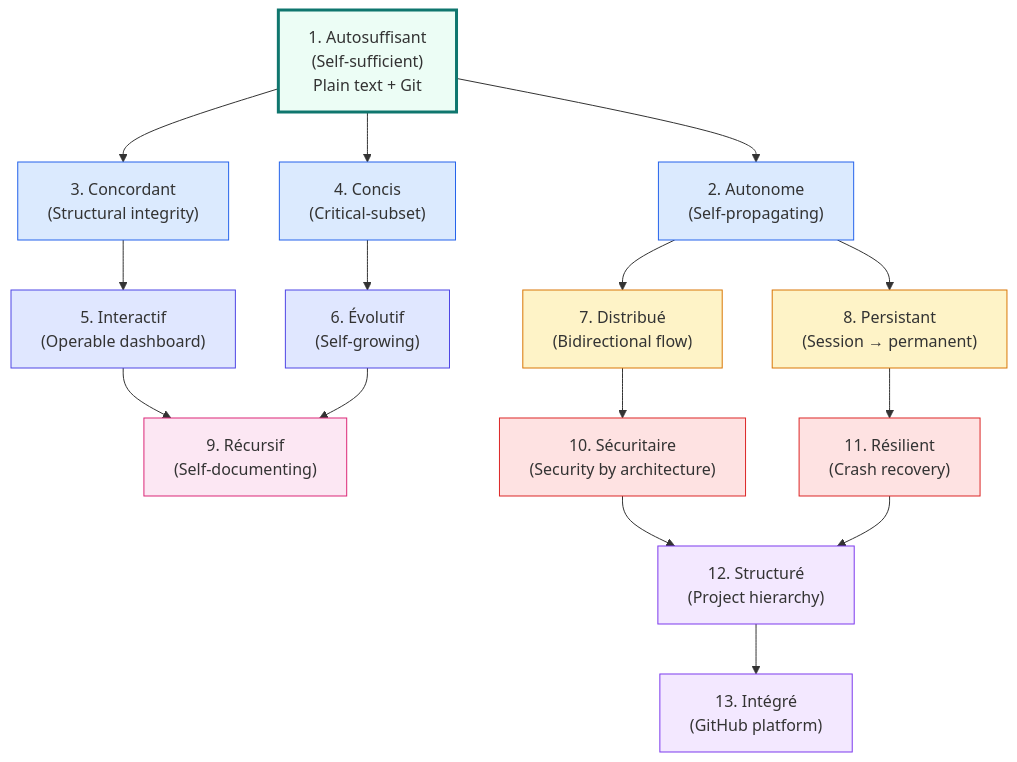
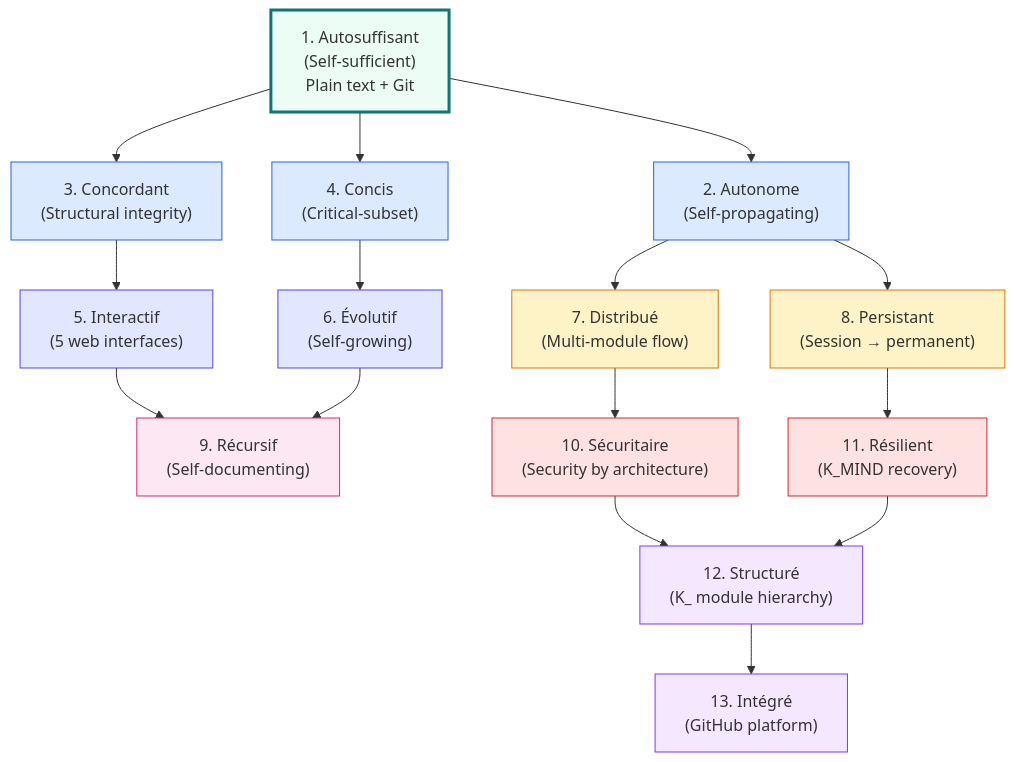
One commit to packetqc/K_DOCS changed the ninth of 14 diagrams in docs/fr/publications/architecture-diagrams/full/index.md. Above: the diagram before and after it, drawn with Mermaid. The commit also changed other lines of this file and 4 other files, not shown here.

First line of the commit message:
feat: rewrite all 14 architecture diagrams for Knowledge 2.0

````diff
--- a/docs/fr/publications/architecture-diagrams/full/index.md
+++ b/docs/fr/publications/architecture-diagrams/full/index.md
@@ -547,39 +595,39 @@
 ```mermaid
 graph TB
     Auto["1. Autosuffisant<br/>(Self-sufficient)<br/>Plain text + Git"]
 
     Auto --> Autonome["2. Autonome<br/>(Self-propagating)"]
     Auto --> Concordant["3. Concordant<br/>(Structural integrity)"]
     Auto --> Concis["4. Concis<br/>(Critical-subset)"]
 
-    Autonome --> Distribue["7. Distribué<br/>(Bidirectional flow)"]
+    Autonome --> Distribue["7. Distribué<br/>(Multi-module flow)"]
     Autonome --> Persistant["8. Persistant<br/>(Session → permanent)"]
 
-    Concordant --> Interactif["5. Interactif<br/>(Operable dashboard)"]
+    Concordant --> Interactif["5. Interactif<br/>(5 web interfaces)"]
     Concis --> Evolutif["6. Évolutif<br/>(Self-growing)"]
 
     Interactif --> Recursif["9. Récursif<br/>(Self-documenting)"]
     Evolutif --> Recursif
 
     Distribue --> Securitaire["10. Sécuritaire<br/>(Security by architecture)"]
-    Persistant --> Resilient["11. Résilient<br/>(Crash recovery)"]
+    Persistant --> Resilient["11. Résilient<br/>(K_MIND recovery)"]
 
-    Securitaire --> Structure["12. Structuré<br/>(Project hierarchy)"]
+    Securitaire --> Structure["12. Structuré<br/>(K_ module hierarchy)"]
     Resilient --> Structure
 
     Structure --> Integre["13. Intégré<br/>(GitHub platform)"]
 
     style Auto fill:#ecfdf5,stroke:#0f766e,stroke-width:3px
     style Autonome fill:#dbeafe,stroke:#2563eb
     style Concordant fill:#dbeafe,stroke:#2563eb
     style Concis fill:#dbeafe,stroke:#2563eb
     style Interactif fill:#e0e7ff,stroke:#4f46e5
     style Evolutif fill:#e0e7ff,stroke:#4f46e5
     style Distribue fill:#fef3c7,stroke:#d97706
     style Persistant fill:#fef3c7,stroke:#d97706
     style Recursif fill:#fce7f3,stroke:#db2777
     style Securitaire fill:#fee2e2,stroke:#dc2626
     style Resilient fill:#fee2e2,stroke:#dc2626
     style Structure fill:#f3e8ff,stroke:#7c3aed
     style Integre fill:#f3e8ff,stroke:#7c3aed
 ```
````
